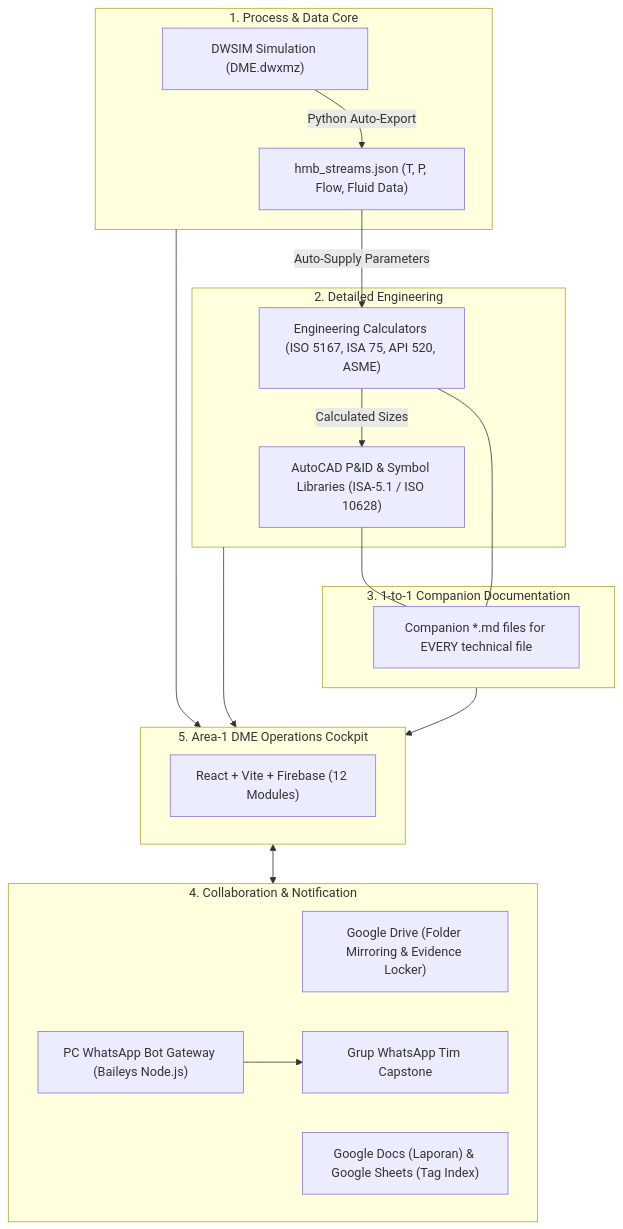
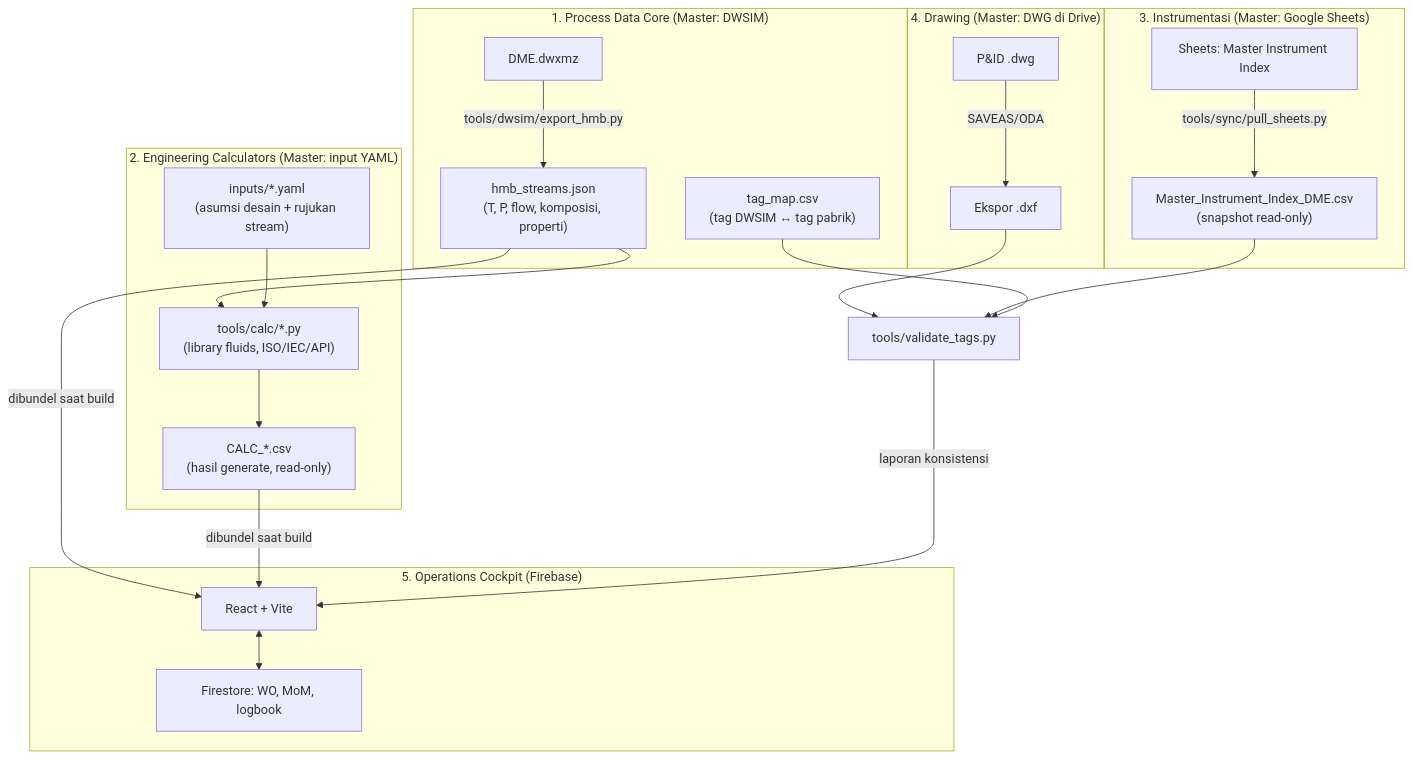
Before and after one commit to raaahl15/dashboardcapstone: the first of 2 diagrams in MASTER_CAPSTONE_ECOSYSTEM_BLUEPRINT.md, drawn with Mermaid. The commit also changed other lines of this file and 1 other file, not shown here.

````diff
--- a/MASTER_CAPSTONE_ECOSYSTEM_BLUEPRINT.md
+++ b/MASTER_CAPSTONE_ECOSYSTEM_BLUEPRINT.md
@@ -32,38 +57,45 @@
 ```mermaid
 flowchart TD
-    subgraph CoreEngine["1. Process & Data Core"]
-        DWSIM["DWSIM Simulation (DME.dwxmz)"]
-        HMB["hmb_streams.json (T, P, Flow, Fluid Data)"]
-        DWSIM -->|Python Auto-Export| HMB
+    subgraph Core["1. Process Data Core (Master: DWSIM)"]
+        DWSIM["DME.dwxmz"]
+        HMB["hmb_streams.json<br/>(T, P, flow, komposisi, properti)"]
+        TAGMAP["tag_map.csv<br/>(tag DWSIM ↔ tag pabrik)"]
+        DWSIM -->|tools/dwsim/export_hmb.py| HMB
     end
 
-    subgraph CalculationsAndDrawings["2. Detailed Engineering"]
-        Calcs["Engineering Calculators (ISO 5167, ISA 75, API 520, ASME)"]
-        CAD["AutoCAD P&ID & Symbol Libraries (ISA-5.1 / ISO 10628)"]
-        HMB -->|Auto-Supply Parameters| Calcs
-        Calcs -->|Calculated Sizes| CAD
+    subgraph Calc["2. Engineering Calculators (Master: input YAML)"]
+        INPUT["inputs/*.yaml<br/>(asumsi desain + rujukan stream)"]
+        ENGINE["tools/calc/*.py<br/>(library fluids, ISO/IEC/API)"]
+        RESULT["CALC_*.csv<br/>(hasil generate, read-only)"]
+        HMB --> ENGINE
+        INPUT --> ENGINE
+        ENGINE --> RESULT
     end
 
-    subgraph Documentation["3. 1-to-1 Companion Documentation"]
-        TwinMD["Companion *.md files for EVERY technical file"]
-        CAD --- TwinMD
-        Calcs --- TwinMD
+    subgraph Inst["3. Instrumentasi (Master: Google Sheets)"]
+        SHEET["Sheets: Master Instrument Index"]
+        IDXCSV["Master_Instrument_Index_DME.csv<br/>(snapshot read-only)"]
+        SHEET -->|tools/sync/pull_sheets.py| IDXCSV
     end
 
-    subgraph CloudAndComms["4. Collaboration & Notification"]
-        GDrive["Google Drive (Folder Mirroring & Evidence Locker)"]
-        GWorkspace["Google Docs (Laporan) & Google Sheets (Tag Index)"]
-        WAGateway["PC WhatsApp Bot Gateway (Baileys Node.js)"]
-        WAGroup["Grup WhatsApp Tim Capstone"]
-        WAGateway --> WAGroup
+    subgraph CAD["4. Drawing (Master: DWG di Drive)"]
+        DWG["P&ID .dwg"]
+        DXF["Ekspor .dxf"]
+        DWG -->|SAVEAS/ODA| DXF
     end
 
-    subgraph WebPortal["5. Area-1 DME Operations Cockpit"]
-        CockpitApp["React + Vite + Firebase (12 Modules)"]
+    VALID["tools/validate_tags.py"]
+    DXF --> VALID
+    IDXCSV --> VALID
+    TAGMAP --> VALID
+
+    subgraph Web["5. Operations Cockpit (Firebase)"]
+        APP["React + Vite"]
+        FS["Firestore: WO, MoM, logbook"]
+        APP <--> FS
     end
 
-    CoreEngine --> WebPortal
-    CalculationsAndDrawings --> WebPortal
-    Documentation --> WebPortal
-    WebPortal <--> CloudAndComms
+    HMB -->|dibundel saat build| APP
+    RESULT -->|dibundel saat build| APP
+    VALID -->|laporan konsistensi| APP
 ```
````
